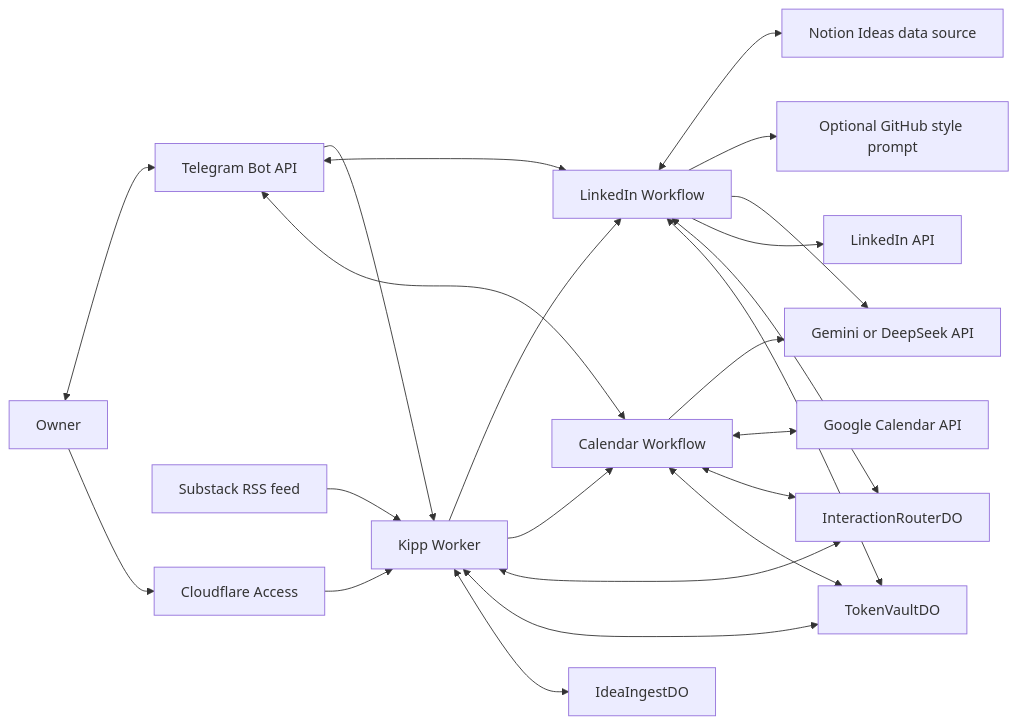
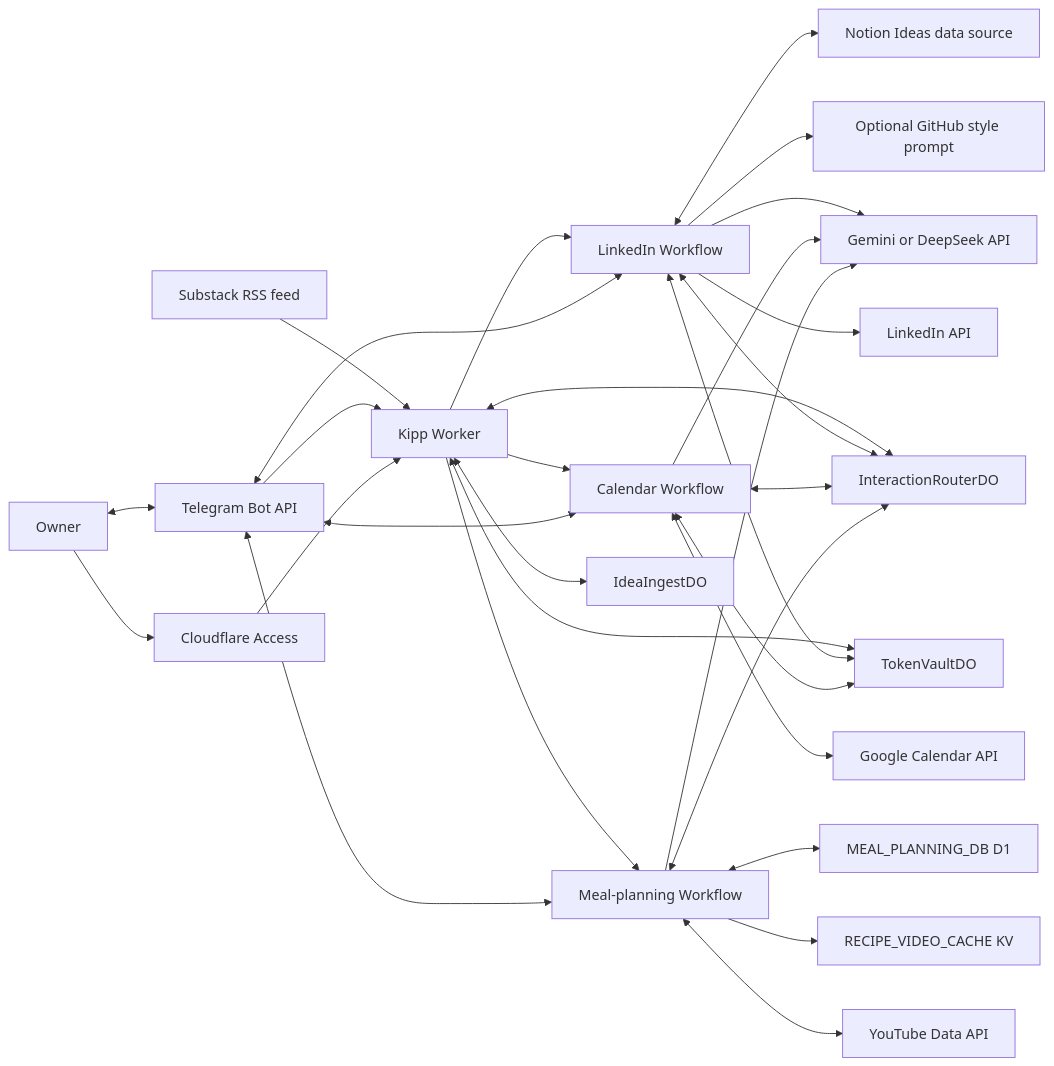
Before and after one commit to satwikhebbar/kipp: the first of 2 diagrams in docs/architecture/system.md, drawn with Mermaid. The commit also changed other lines of this file and 14 other files, not shown here.

Commit message:
feat(meal-planning): iteration 4 — optional recipe-video enrichment, architecture docs, and corpus-driven agent tests

````diff
--- a/docs/architecture/system.md
+++ b/docs/architecture/system.md
@@ -10,26 +11,33 @@
 ```mermaid
 flowchart LR
   owner["Owner"] <--> telegram["Telegram Bot API"]
   substack["Substack RSS feed"] --> worker["Kipp Worker"]
   telegram --> worker
   owner --> access["Cloudflare Access"] --> worker
 
   worker --> linkedinFlow["LinkedIn Workflow"]
   worker --> calendarFlow["Calendar Workflow"]
+  worker --> mealFlow["Meal-planning Workflow"]
   worker <--> router["InteractionRouterDO"]
   worker <--> vault["TokenVaultDO"]
   worker <--> ingest["IdeaIngestDO"]
 
   linkedinFlow <--> data["Notion Ideas data source"]
   linkedinFlow --> github["Optional GitHub style prompt"]
   linkedinFlow --> llm["Gemini or DeepSeek API"]
   linkedinFlow --> linkedin["LinkedIn API"]
   calendarFlow --> llm
   calendarFlow <--> calendar["Google Calendar API"]
+  mealFlow --> llm
+  mealFlow <--> mealDb["MEAL_PLANNING_DB D1"]
+  mealFlow --> mealVideo["RECIPE_VIDEO_CACHE KV"]
+  mealFlow <--> youtube["YouTube Data API"]
   linkedinFlow <--> telegram
   calendarFlow <--> telegram
+  mealFlow <--> telegram
   linkedinFlow <--> router
   calendarFlow <--> router
+  mealFlow <--> router
   linkedinFlow <--> vault
   calendarFlow <--> vault
 ```
````
